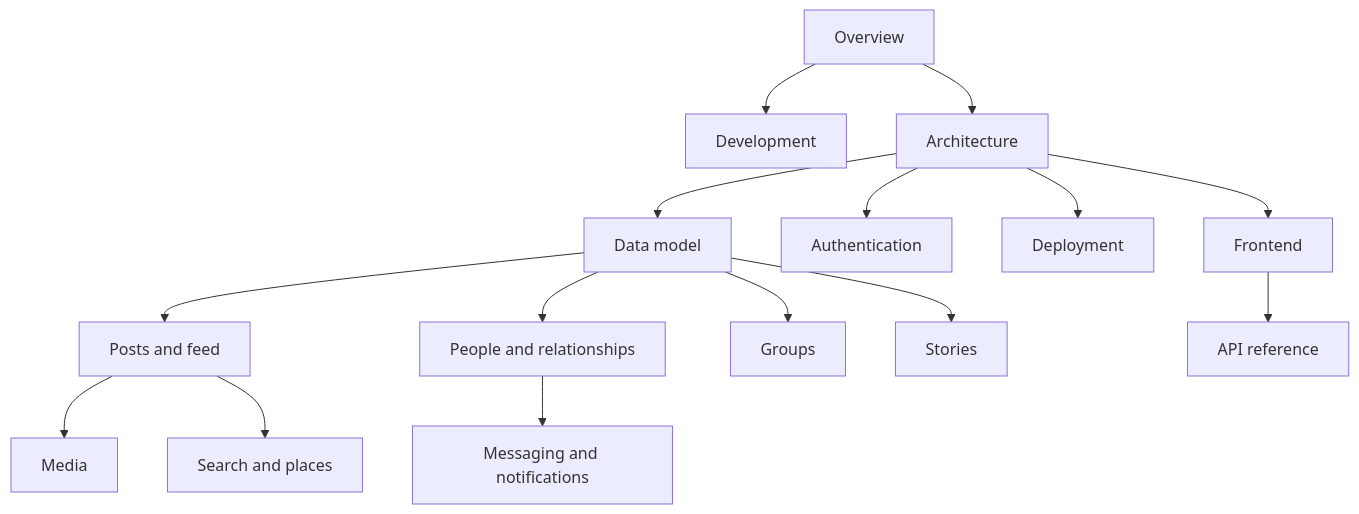
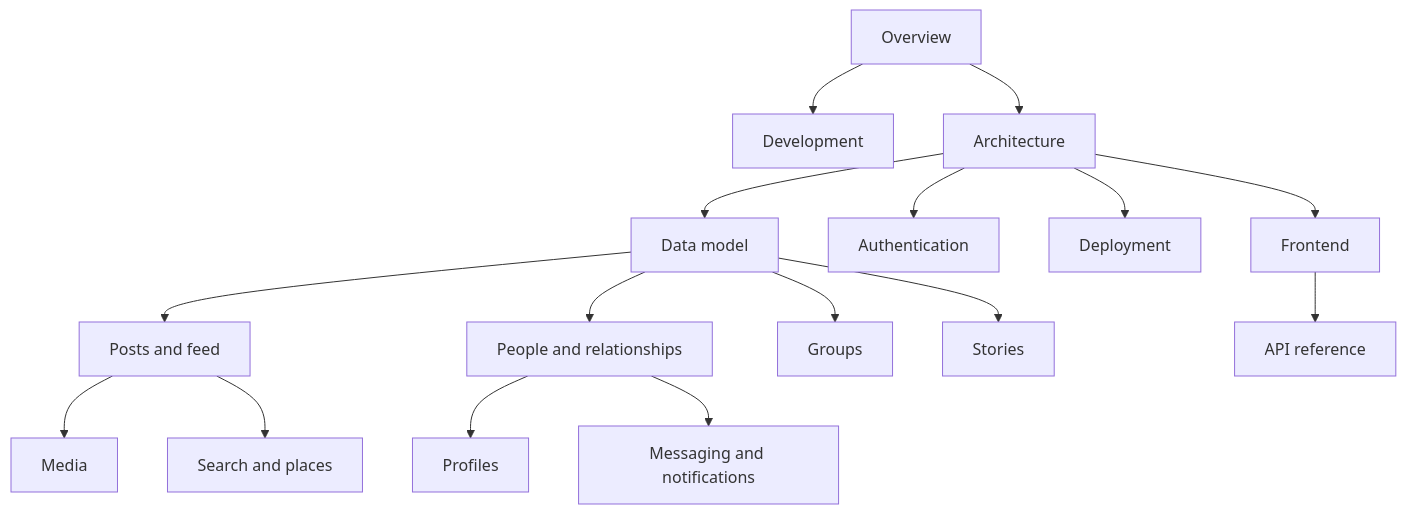
One commit to AkioCkist/Oremus changed the diagram in docs/README.md. Above: the diagram before and after it, drawn with Mermaid. The commit also changed other lines of this file and 34 other files, not shown here.

````diff
--- a/docs/README.md
+++ b/docs/README.md
@@ -36,17 +37,18 @@
 ```mermaid
 flowchart TB
   Overview["Overview"] --> Dev["Development"]
   Overview --> Arch["Architecture"]
   Arch --> Data["Data model"]
   Arch --> Auth["Authentication"]
   Arch --> Deploy["Deployment"]
   Arch --> Front["Frontend"]
   Data --> Posts["Posts and feed"]
   Data --> Social["People and relationships"]
+  Social --> Profiles["Profiles"]
   Data --> Groups["Groups"]
   Data --> Stories["Stories"]
   Posts --> Media["Media"]
   Social --> Msg["Messaging and notifications"]
   Posts --> Search["Search and places"]
   Front --> APIRef["API reference"]
 ```
````
